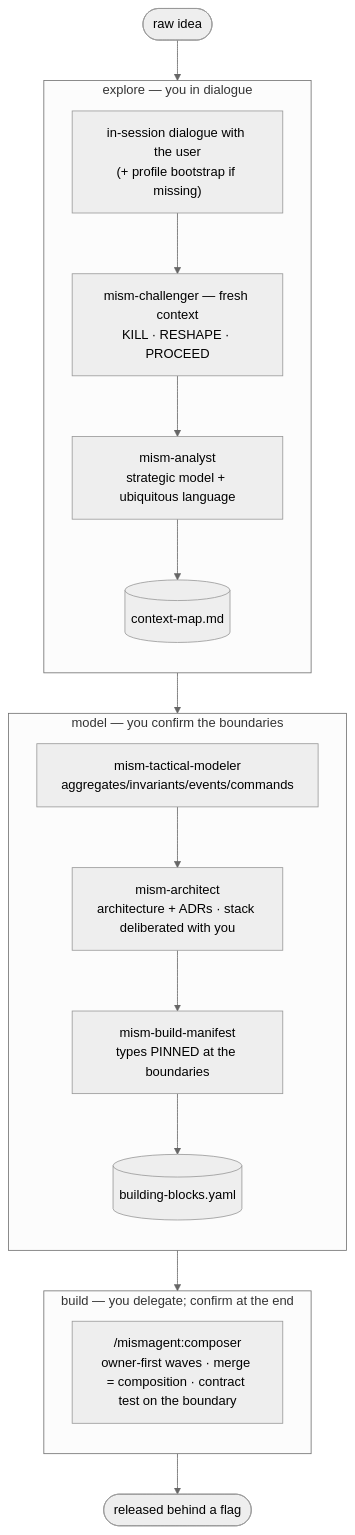
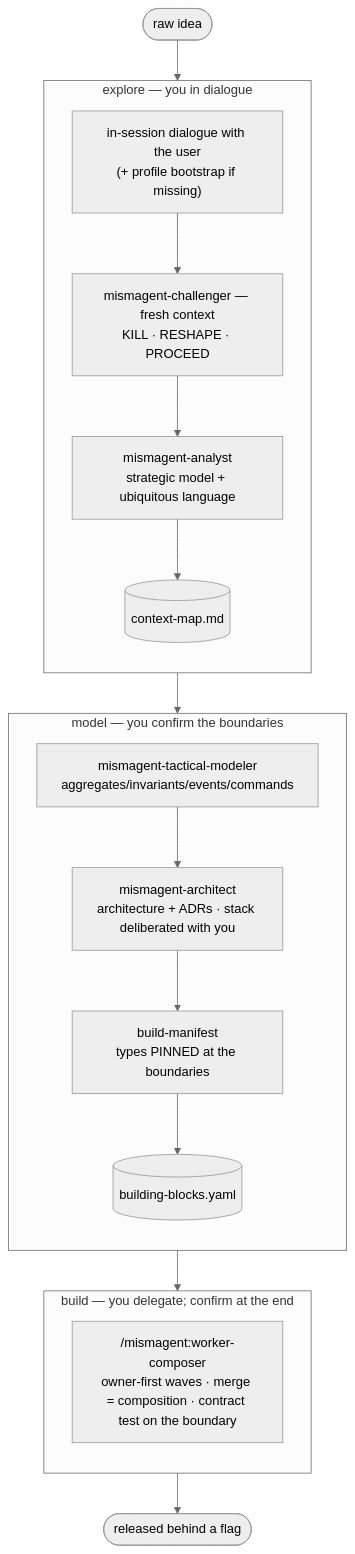
The diagram in README.md (lucolucus/mismagent), drawn with Mermaid (neutral theme) before and after one commit. The commit also changed other lines of this file and 32 other files, not shown here.

````diff
--- a/README.md
+++ b/README.md
@@ -17,34 +17,34 @@
 ```mermaid
 flowchart TD
     idea([raw idea]) --> EX
 
     subgraph EX["explore — you in dialogue"]
         direction TB
         dlg["in-session dialogue with the user<br/>(+ profile bootstrap if missing)"]
-        chal["mism-challenger — fresh context<br/>KILL · RESHAPE · PROCEED"]
-        ana["mism-analyst<br/>strategic model + ubiquitous language"]
+        chal["mismagent-challenger — fresh context<br/>KILL · RESHAPE · PROCEED"]
+        ana["mismagent-analyst<br/>strategic model + ubiquitous language"]
         cmap[("context-map.md")]
         dlg --> chal --> ana --> cmap
     end
 
     cmap --> MO
 
     subgraph MO["model — you confirm the boundaries"]
         direction TB
-        tact["mism-tactical-modeler<br/>aggregates/invariants/events/commands"]
-        arch["mism-architect<br/>architecture + ADRs · stack deliberated with you"]
-        bman["mism-build-manifest<br/>types PINNED at the boundaries"]
+        tact["mismagent-tactical-modeler<br/>aggregates/invariants/events/commands"]
+        arch["mismagent-architect<br/>architecture + ADRs · stack deliberated with you"]
+        bman["build-manifest<br/>types PINNED at the boundaries"]
         manifest[("building-blocks.yaml")]
         tact --> arch --> bman --> manifest
     end
 
     manifest --> BU
 
     subgraph BU["build — you delegate; confirm at the end"]
         direction TB
-        comp["/mismagent:composer<br/>owner-first waves · merge = composition · contract test on the boundary"]
+        comp["/mismagent:worker-composer<br/>owner-first waves · merge = composition · contract test on the boundary"]
         comp
     end
 
     BU --> done([released behind a flag])
 ```
````
